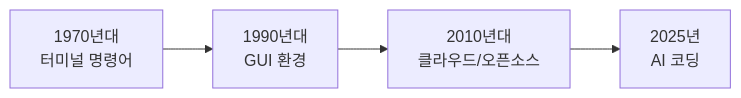
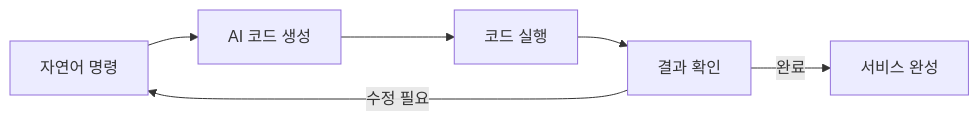
One commit to nugurejeil/weniVooks changed the first of 4 diagrams in _md/essentials-vibecoding/chapter01/01-3.md. Above: the diagram before and after it, drawn with Mermaid. The commit also changed other lines of this file and 5 other files, not shown here.

````diff
--- a/_md/essentials-vibecoding/chapter01/01-3.md
+++ b/_md/essentials-vibecoding/chapter01/01-3.md
@@ -13,6 +13,8 @@
 ```mermaid
 flowchart LR
-    A["1970년대<br/>터미널 명령어"] --> B["1990년대<br/>GUI 환경"]
-    B --> C["2010년대<br/>클라우드/오픈소스"]
-    C --> D["2025년<br/>AI 코딩"]
+    A["자연어 명령"] --> B["AI 코드 생성"]
+    B --> C["코드 실행"]
+    C --> D["결과 확인"]
+    D -->|수정 필요| A
+    D -->|완료| E["서비스 완성"]
 ```
````
